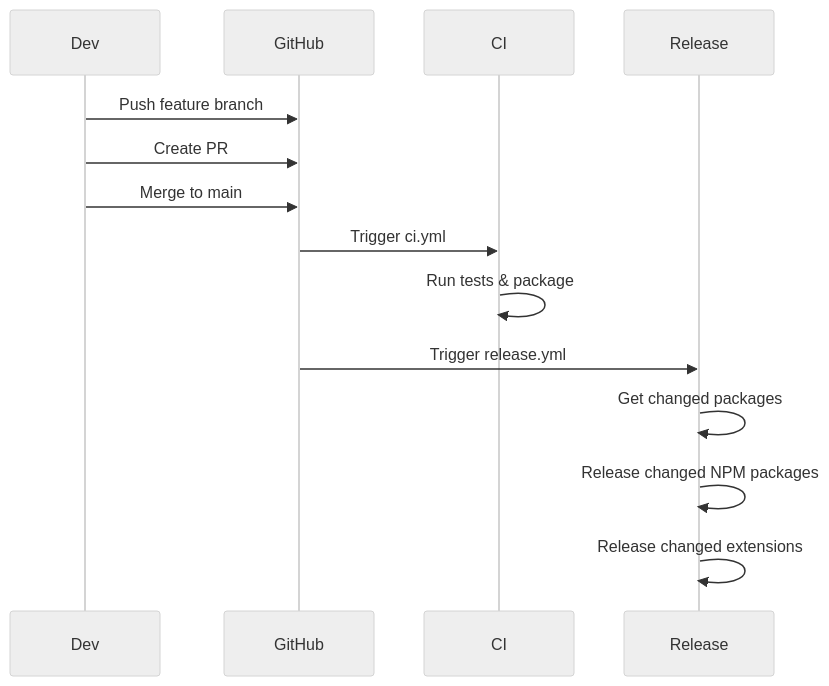
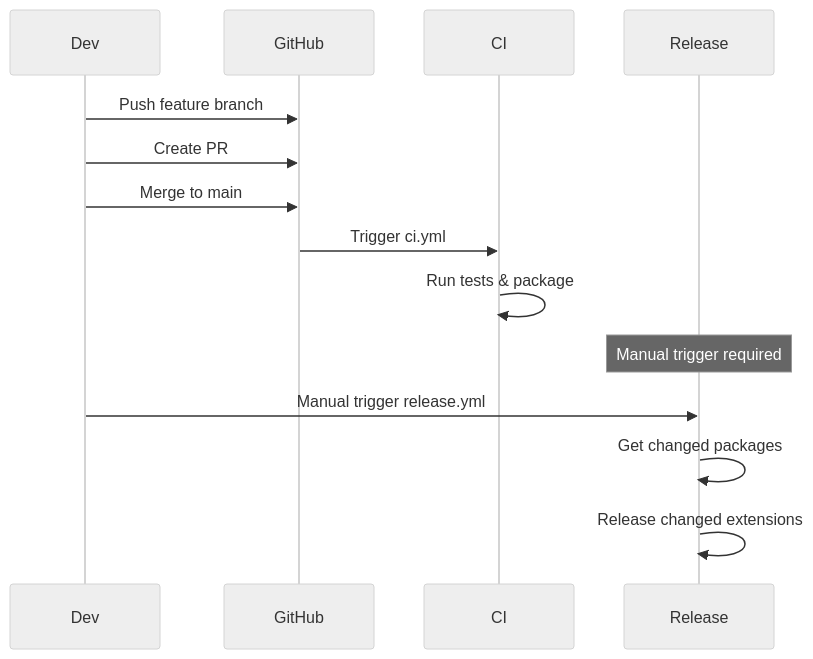
One commit to forcedotcom/apex-language-support changed the eighth of 10 diagrams in .github/workflows/README.md. Above: the diagram before and after it, drawn with Mermaid (neutral theme). The commit also changed other lines of this file and 3 other files, not shown here.

````diff
--- a/.github/workflows/README.md
+++ b/.github/workflows/README.md
@@ -217,17 +318,17 @@
 ```mermaid
 sequenceDiagram
     participant Dev
     participant GitHub
     participant CI
     participant Release
 
     Dev->>GitHub: Push feature branch
     Dev->>GitHub: Create PR
     Dev->>GitHub: Merge to main
     GitHub->>CI: Trigger ci.yml
     CI->>CI: Run tests & package
-    GitHub->>Release: Trigger release.yml
+    Note over Release: Manual trigger required
+    Dev->>Release: Manual trigger release.yml
     Release->>Release: Get changed packages
-    Release->>Release: Release changed NPM packages
     Release->>Release: Release changed extensions
 ```
````
